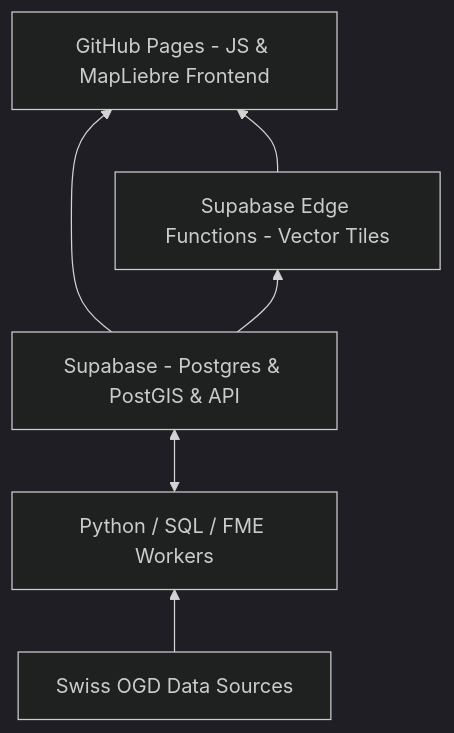
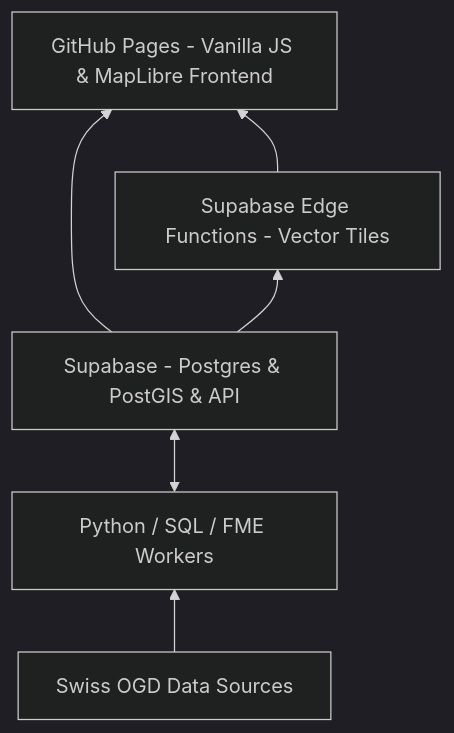
Before and after one commit to davras5/OpenBuildings: the first of 2 diagrams in README.md, drawn with Mermaid (dark theme).

Commit message:
Update frontend description in README

````diff
--- a/README.md
+++ b/README.md
@@ -75,14 +75,14 @@
 ```mermaid
 flowchart BT
-    FE[GitHub Pages - JS & MapLiebre Frontend] 
+    FE[GitHub Pages - Vanilla JS & MapLibre Frontend] 
     SUPABASE[Supabase - Postgres & PostGIS & API]
     EDGE[Supabase Edge Functions - Vector Tiles]
     TOOLS[Python / SQL / FME Workers]
     DATASRC[Swiss OGD Data Sources]
 
     SUPABASE --> FE
     EDGE --> FE
     SUPABASE --> EDGE
     TOOLS <--> SUPABASE
     DATASRC --> TOOLS
 ```
````
